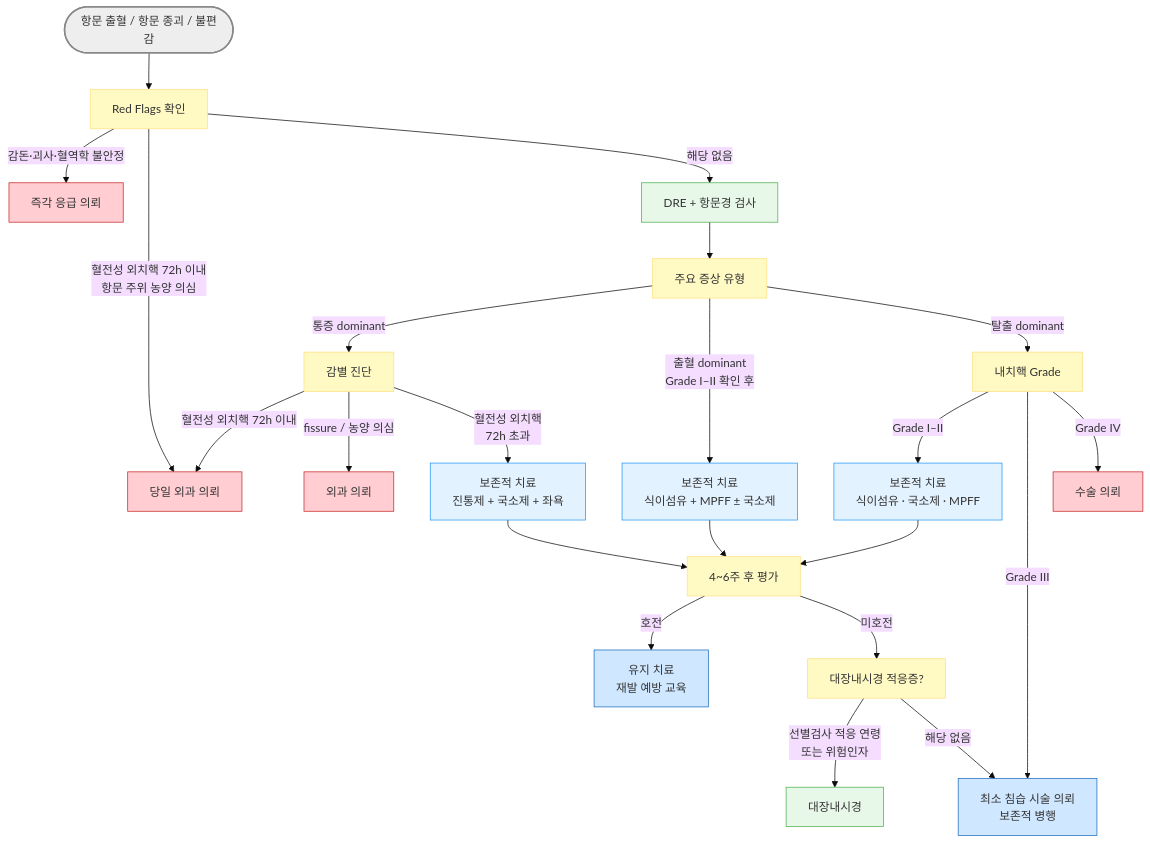
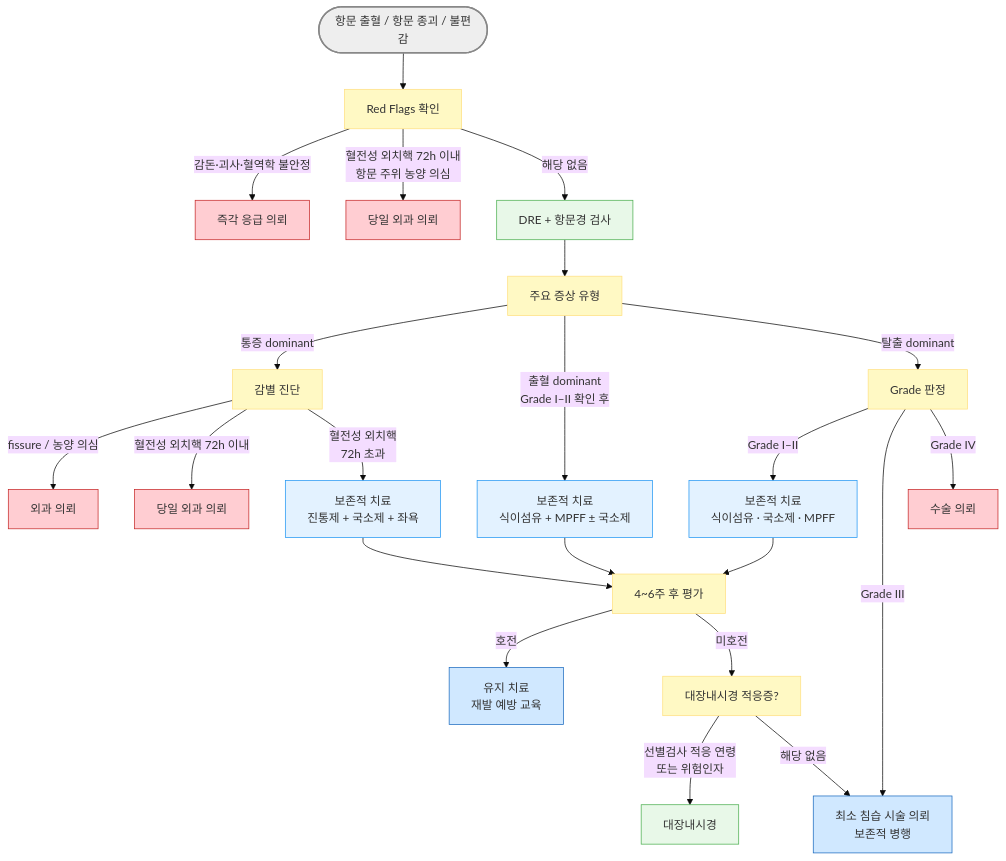
Before and after one commit to familyoh77/familyoh77: the diagram in 224_/089_-hemorrhoid.md, drawn with Mermaid (base theme).

Commit message:
GITBOOK-997: No subject

````diff
--- a/224_/089_-hemorrhoid.md
+++ b/224_/089_-hemorrhoid.md
@@ -79,36 +79,35 @@
 ```mermaid
 graph TD
     A([항문 출혈 / 항문 종괴 / 불편감]) --> B[Red Flags 확인]
     B -->|감돈·괴사·혈역학 불안정| C[즉각 응급 의뢰]
-    B -->|혈전성 외치핵 72h 이내<br/>항문 주위 농양 의심| D[당일 외과 의뢰]
+    B -->|혈전성 외치핵 72h 이내<br/>항문 주위 농양 의심| X[당일 외과 의뢰]
     B -->|해당 없음| E[DRE + 항문경 검사]
     E --> P[주요 증상 유형]
     P -->|통증 dominant| Q[감별 진단]
     P -->|출혈 dominant<br/>Grade I–II 확인 후| R[보존적 치료<br/>식이섬유 + MPFF ± 국소제]
-    P -->|탈출 dominant| F[내치핵 Grade]
-    Q -->|혈전성 외치핵 72h 이내| D
+    P -->|탈출 dominant| F[Grade 판정]
     Q -->|fissure / 농양 의심| S[외과 의뢰]
+    Q -->|혈전성 외치핵 72h 이내| D[당일 외과 의뢰]
     Q -->|혈전성 외치핵<br/>72h 초과| G[보존적 치료<br/>진통제 + 국소제 + 좌욕]
     R --> K[4~6주 후 평가]
     G --> K
     F -->|Grade I–II| H[보존적 치료<br/>식이섬유 · 국소제 · MPFF]
     F -->|Grade III| I[최소 침습 시술 의뢰<br/>보존적 병행]
     F -->|Grade IV| J[수술 의뢰]
     H --> K
     K -->|호전| L[유지 치료<br/>재발 예방 교육]
     K -->|미호전| M[대장내시경 적응증?]
     M -->|선별검사 적응 연령<br/>또는 위험인자| N[대장내시경]
     M -->|해당 없음| I
-
 style A fill:#eeeeee,stroke:#888888,stroke-width:2px
 classDef yellow fill:#fff9c4,stroke:#ffe082
 class B,P,Q,F,K,M yellow
 classDef L_red fill:#ffcdd2,stroke:#c62828
-class C,D,S,J L_red
+class C,D,S,J,X L_red
 classDef sky fill:#e3f2ff,stroke:#2196f3
 class G,R,H sky
 classDef blue fill:#d0e8ff,stroke:#1a6abf
 class L,I blue
 classDef lightGreen fill:#e8f8e8,stroke:#4caf50
 class E,N lightGreen
 ```
````
